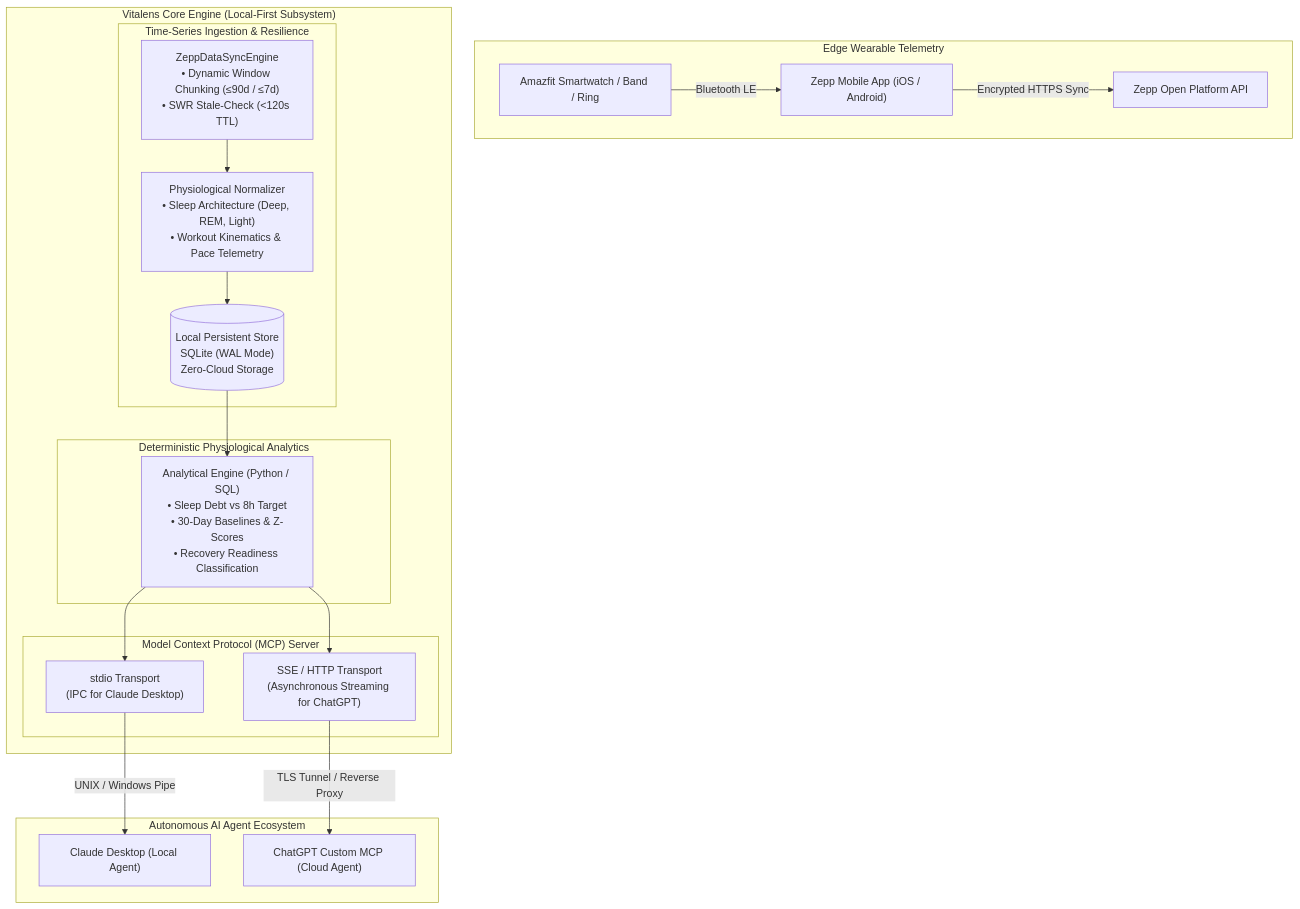
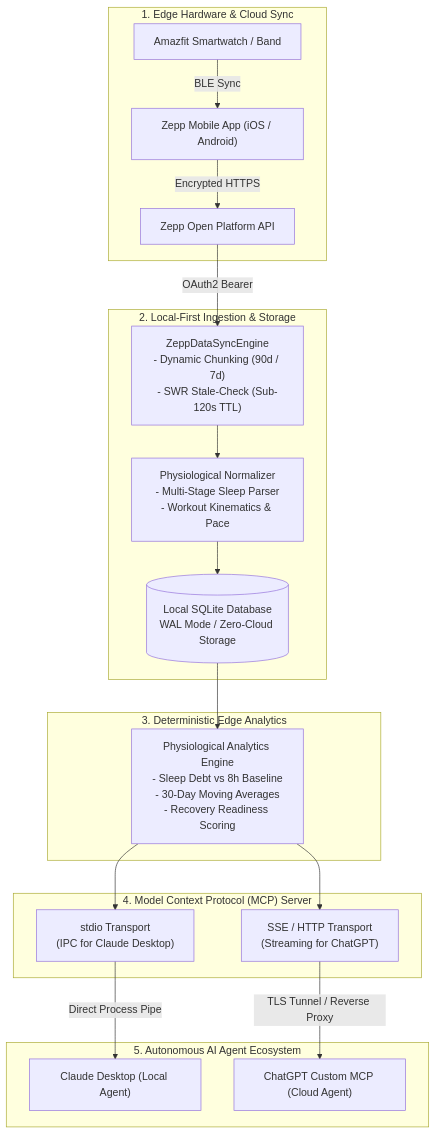
One commit to Akshit-Gupta-2005/Amazfit-lens-mcp changed the diagram in README.md. Above: the diagram before and after it, drawn with Mermaid. The commit also changed 1 other file, not shown here.

Commit message:
fix(docs): resolve GitHub Mermaid rendering syntax and unescape characters

````diff
--- a/README.md
+++ b/README.md
@@ -15,33 +15,27 @@
 ```mermaid
 flowchart TD
-    subgraph Wearable ["Edge Wearable Telemetry"]
-        Watch["Amazfit Smartwatch / Band / Ring"] -->|Bluetooth LE| Mobile["Zepp Mobile App (iOS / Android)"]
-        Mobile -->|Encrypted HTTPS Sync| Cloud["Zepp Open Platform API"]
+    subgraph Wearable["1. Edge Hardware & Cloud Sync"]
+        Watch["Amazfit Smartwatch / Band"] -->|BLE Sync| Mobile["Zepp Mobile App (iOS / Android)"]
+        Mobile -->|Encrypted HTTPS| Cloud["Zepp Open Platform API"]
     end
 
-    subgraph CoreEngine ["Vitalens Core Engine (Local-First Subsystem)"]
-        subgraph Ingestion ["Time-Series Ingestion & Resilience"]
-            Fetcher["ZeppDataSyncEngine<br/>• Dynamic Window Chunking (≤90d / ≤7d)<br/>• SWR Stale-Check (<120s TTL)"]
-            Normalizer["Physiological Normalizer<br/>• Sleep Architecture (Deep, REM, Light)<br/>• Workout Kinematics & Pace Telemetry"]
-            DB[("Local Persistent Store<br/>SQLite (WAL Mode)<br/>Zero-Cloud Storage")]
-            Fetcher --> Normalizer --> DB
-        end
-
-        subgraph AnalyticalLayer ["Deterministic Physiological Analytics"]
-            Analytics["Analytical Engine (Python / SQL)<br/>• Sleep Debt vs 8h Target<br/>• 30-Day Baselines & Z-Scores<br/>• Recovery Readiness Classification"]
-            DB --> Analytics
-        end
-
-        subgraph Protocol ["Model Context Protocol (MCP) Server"]
-            Stdio["stdio Transport<br/>(IPC for Claude Desktop)"]
-            SSE["SSE / HTTP Transport<br/>(Asynchronous Streaming for ChatGPT)"]
-            Analytics --> Stdio
-            Analytics --> SSE
-        end
+    subgraph Ingestion["2. Local-First Ingestion & Storage"]
+        Cloud -->|OAuth2 Bearer| Fetcher["ZeppDataSyncEngine<br/>- Dynamic Chunking (90d / 7d)<br/>- SWR Stale-Check (Sub-120s TTL)"]
+        Fetcher --> Normalizer["Physiological Normalizer<br/>- Multi-Stage Sleep Parser<br/>- Workout Kinematics & Pace"]
+        Normalizer --> DB[("Local SQLite Database<br/>WAL Mode / Zero-Cloud Storage")]
     end
 
-    subgraph Agents ["Autonomous AI Agent Ecosystem"]
-        Stdio -->|UNIX / Windows Pipe| Claude["Claude Desktop (Local Agent)"]
+    subgraph Analytics["3. Deterministic Edge Analytics"]
+        DB --> Calc["Physiological Analytics Engine<br/>- Sleep Debt vs 8h Baseline<br/>- 30-Day Moving Averages<br/>- Recovery Readiness Scoring"]
+    end
+
+    subgraph MCP["4. Model Context Protocol (MCP) Server"]
+        Calc --> Stdio["stdio Transport<br/>(IPC for Claude Desktop)"]
+        Calc --> SSE["SSE / HTTP Transport<br/>(Streaming for ChatGPT)"]
+    end
+
+    subgraph Agents["5. Autonomous AI Agent Ecosystem"]
+        Stdio -->|Direct Process Pipe| Claude["Claude Desktop (Local Agent)"]
         SSE -->|TLS Tunnel / Reverse Proxy| GPT["ChatGPT Custom MCP (Cloud Agent)"]
     end
 ```
````
